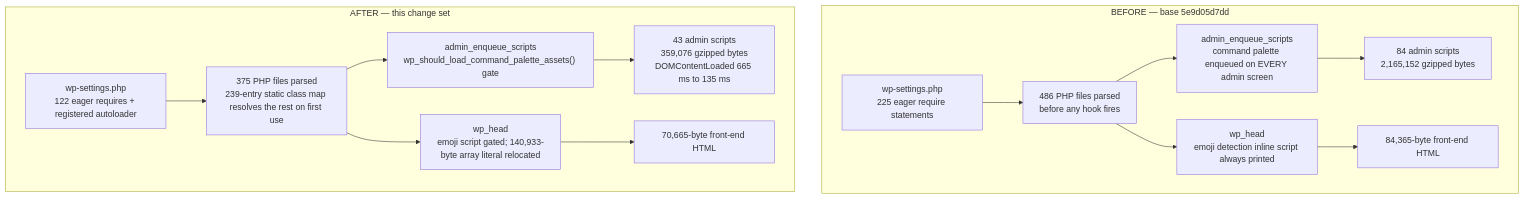
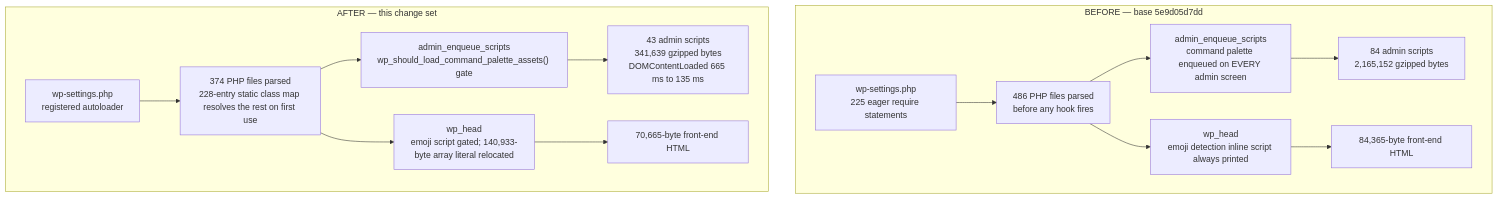
The diagram in docs/performance-optimization-report.md (blitzy-research/wordpress-develop), drawn with Mermaid before and after one commit. The commit also changed other lines of this file and 40 other files, not shown here.

````diff
--- a/docs/performance-optimization-report.md
+++ b/docs/performance-optimization-report.md
@@ -144,19 +164,19 @@
 ```mermaid
 graph TD
     subgraph BEFORE["BEFORE — base 5e9d05d7dd"]
         B1["wp-settings.php<br/>225 eager require statements"] --> B2["486 PHP files parsed<br/>before any hook fires"]
         B2 --> B3["admin_enqueue_scripts<br/>command palette enqueued on EVERY admin screen"]
         B3 --> B4["84 admin scripts<br/>2,165,152 gzipped bytes"]
         B2 --> B5["wp_head<br/>emoji detection inline script always printed"]
         B5 --> B6["84,365-byte front-end HTML"]
     end
     subgraph AFTER["AFTER — this change set"]
-        A1["wp-settings.php<br/>122 eager requires + registered autoloader"] --> A2["375 PHP files parsed<br/>239-entry static class map resolves the rest on first use"]
+        A1["wp-settings.php<br/>registered autoloader"] --> A2["374 PHP files parsed<br/>228-entry static class map resolves the rest on first use"]
         A2 --> A3["admin_enqueue_scripts<br/>wp_should_load_command_palette_assets() gate"]
-        A3 --> A4["43 admin scripts<br/>359,076 gzipped bytes<br/>DOMContentLoaded 665 ms to 135 ms"]
+        A3 --> A4["43 admin scripts<br/>341,639 gzipped bytes<br/>DOMContentLoaded 665 ms to 135 ms"]
         A2 --> A5["wp_head<br/>emoji script gated; 140,933-byte array literal relocated"]
         A5 --> A6["70,665-byte front-end HTML"]
     end
 %% Legend: each AFTER node is the measured counterpart of the BEFORE node in the same row.
 %% Every figure is a median over 20 iterations x 2 repetitions from tests/performance/.
 ```
````
